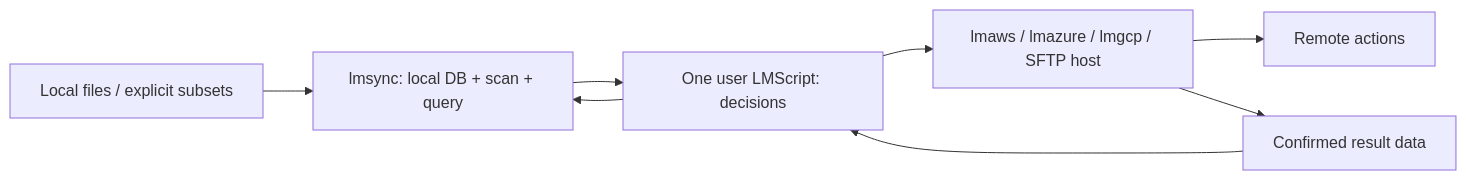
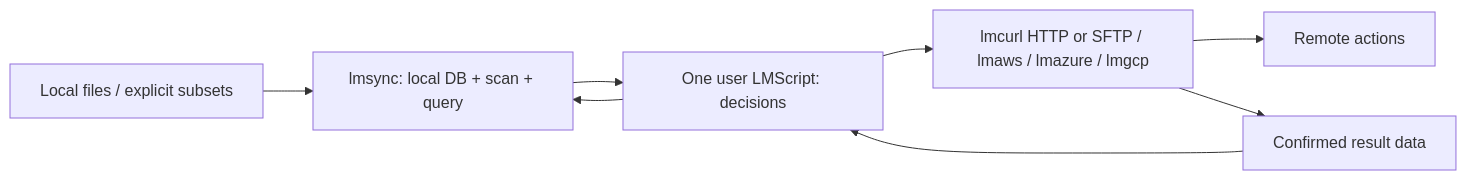
Before and after one commit to lmctl-ai/lmaws: the diagram in docs/LMSYNC_DESIGN.md, drawn with Mermaid. The commit also changed other lines of this file and 1 other file, not shown here.

First line of the commit message:
Compose download, upload and SFTP jobs around the local registry

````diff
--- a/docs/LMSYNC_DESIGN.md
+++ b/docs/LMSYNC_DESIGN.md
@@ -45,10 +47,10 @@
 ```mermaid
 flowchart LR
   F[Local files / explicit subsets] --> S[lmsync: local DB + scan + query]
   S --> J[One user LMScript: decisions]
-  J --> H[lmaws / lmazure / lmgcp / SFTP host]
+  J --> H[lmcurl HTTP or SFTP / lmaws / lmazure / lmgcp]
   H --> R[Remote actions]
   H --> C[Confirmed result data]
   C --> J
   J --> S
 ```
````
